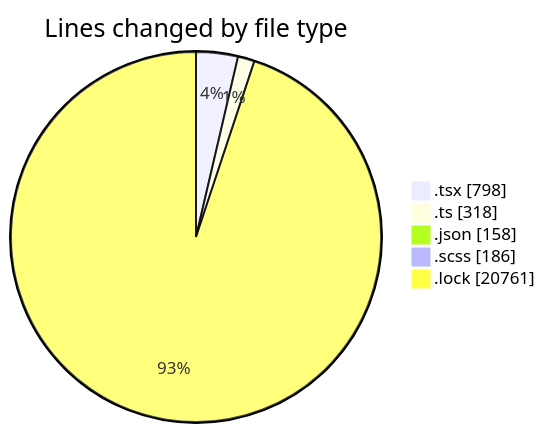
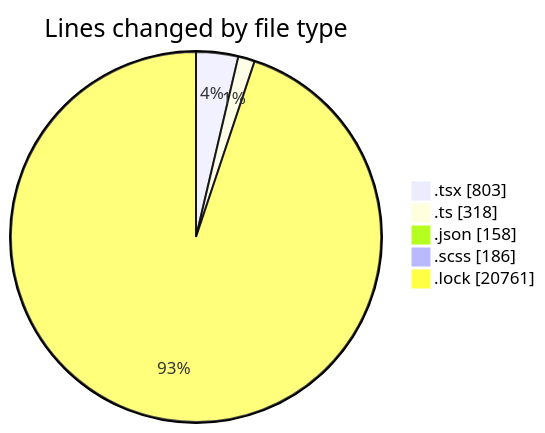
One commit to momahboobian/code-tracking changed the first of 2 diagrams in 2025-04-29/cda/README.md. Above: the diagram before and after it, drawn with Mermaid. The commit also changed other lines of this file and 1 other file, not shown here.

````diff
--- a/2025-04-29/cda/README.md
+++ b/2025-04-29/cda/README.md
@@ -36,9 +36,9 @@
 ```mermaid
 pie showData
 title Lines changed by file type
-".tsx" : 798
+".tsx" : 803
 ".ts" : 318
 ".json" : 158
 ".scss" : 186
 ".lock" : 20761
 ```
````
